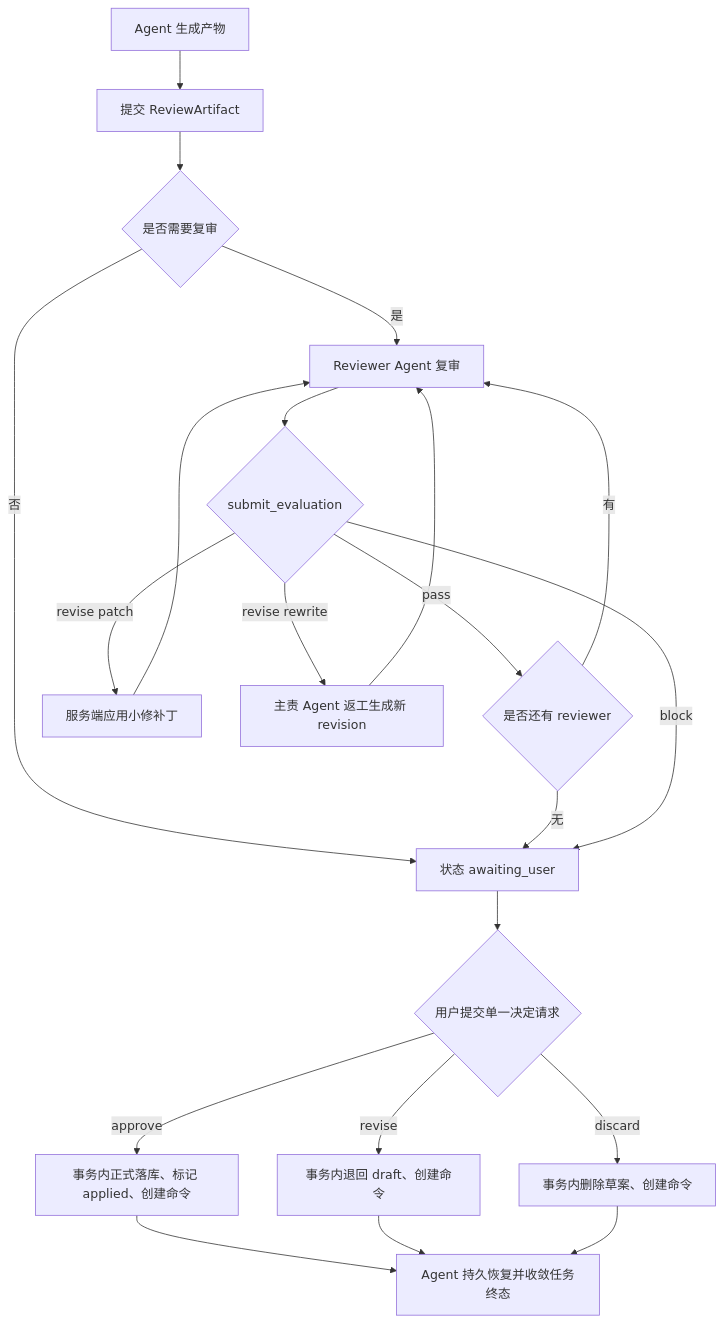
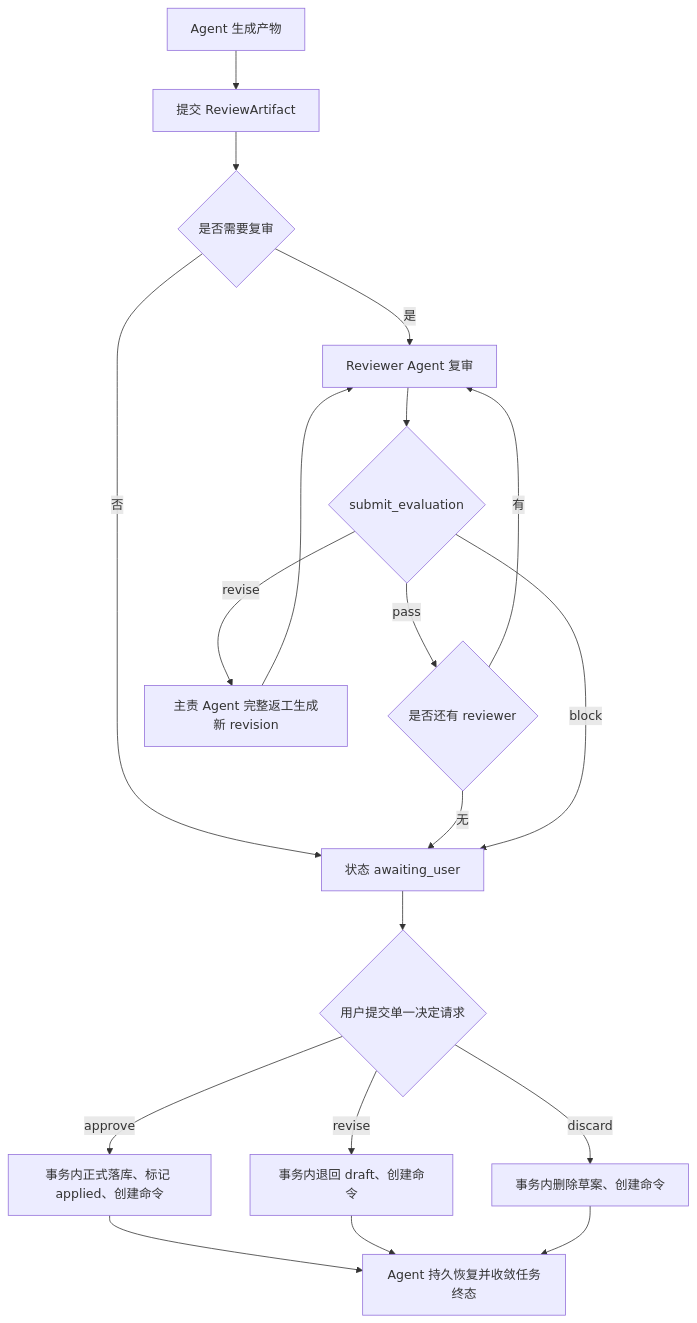
Before and after one commit to chimeiwang/Smart-Novel-Gen-nie: the second of 4 diagrams in docs/requirements/04-review-quality-and-workflow.md, drawn with Mermaid. The commit also changed other lines of this file and 22 other files, not shown here.

```diff
--- a/docs/requirements/04-review-quality-and-workflow.md
+++ b/docs/requirements/04-review-quality-and-workflow.md
@@ -52,23 +52,21 @@
 ~~~mermaid
 flowchart TD
     A["Agent 生成产物"] --> B["提交 ReviewArtifact"]
     B --> C{"是否需要复审"}
     C -->|"否"| D["状态 awaiting_user"]
     C -->|"是"| E["Reviewer Agent 复审"]
     E --> F{"submit_evaluation"}
     F -->|"pass"| G{"是否还有 reviewer"}
     G -->|"有"| E
     G -->|"无"| D
-    F -->|"revise patch"| H["服务端应用小修补丁"]
-    H --> E
-    F -->|"revise rewrite"| I["主责 Agent 返工生成新 revision"]
+    F -->|"revise"| I["主责 Agent 完整返工生成新 revision"]
     I --> E
     F -->|"block"| D
     D --> J{"用户提交单一决定请求"}
     J -->|"approve"| K["事务内正式落库、标记 applied、创建命令"]
     J -->|"revise"| L["事务内退回 draft、创建命令"]
     J -->|"discard"| M["事务内删除草案、创建命令"]
     K --> N["Agent 持久恢复并收敛任务终态"]
     L --> N
     M --> N
 ~~~
```
